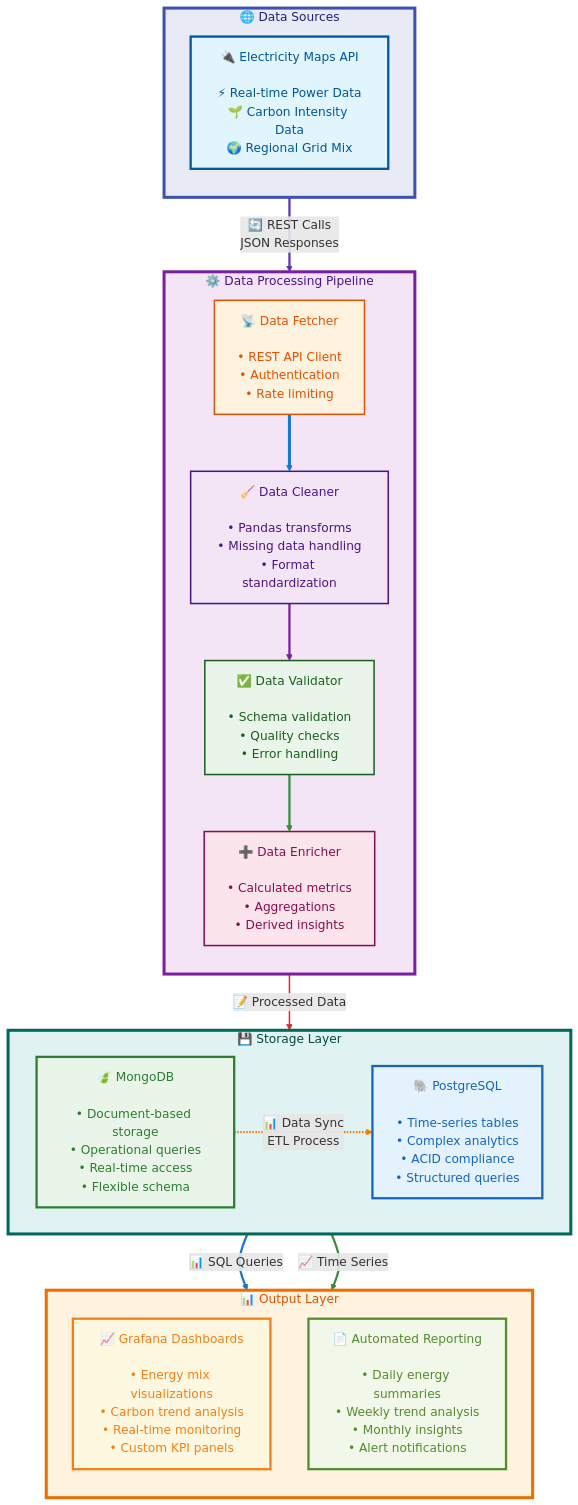
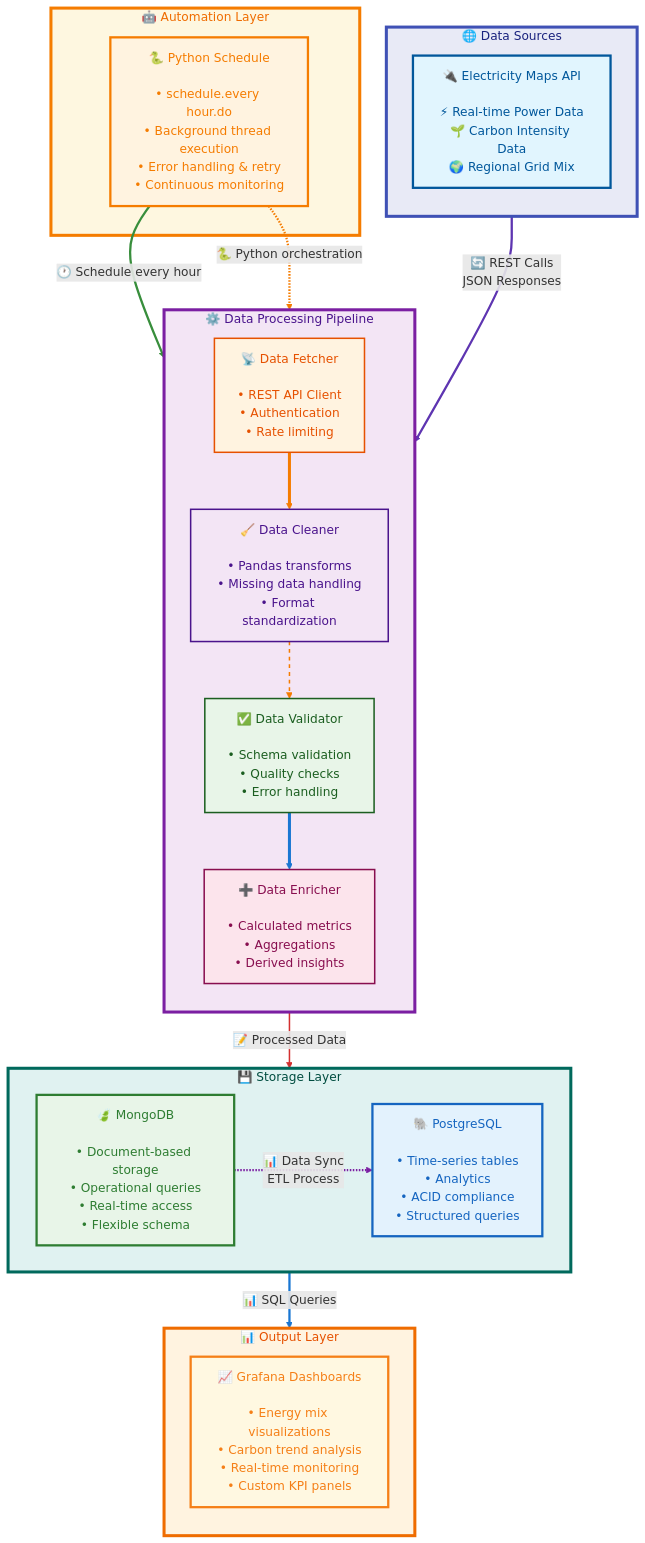
Before and after one commit to Badallocoredumped/neutrino: the diagram in docs/README.md, drawn with Mermaid.

Commit message:
Refine README.md flowchart and styling

````diff
--- a/docs/README.md
+++ b/docs/README.md
@@ -10,69 +10,77 @@
 ```mermaid
 flowchart TB
+    subgraph AUTOMATION["🤖 Automation Layer"]
+        SCHEDULER[🐍 Python Schedule<br/><br/>• schedule.every hour.do<br/>• Background thread execution<br/>• Error handling & retry<br/>• Continuous monitoring]
+        style SCHEDULER fill:#fff3e0,stroke:#f57c00,stroke-width:3px,color:#f57c00
+    end
+
     subgraph INPUT["🌐 Data Sources"]
         direction TB
         EM[🔌 Electricity Maps API<br/><br/>⚡ Real-time Power Data<br/>🌱 Carbon Intensity Data<br/>🌍 Regional Grid Mix]
         style EM fill:#e1f5fe,stroke:#01579b,stroke-width:3px,color:#01579b
     end
     
     subgraph PROCESSING["⚙️ Data Processing Pipeline"]
         direction TB
         FETCH[📡 Data Fetcher<br/><br/>• REST API Client<br/>• Authentication<br/>• Rate limiting]
         CLEAN[🧹 Data Cleaner<br/><br/>• Pandas transforms<br/>• Missing data handling<br/>• Format standardization]
         VALIDATE[✅ Data Validator<br/><br/>• Schema validation<br/>• Quality checks<br/>• Error handling]
         ENRICH[➕ Data Enricher<br/><br/>• Calculated metrics<br/>• Aggregations<br/>• Derived insights]
         
         FETCH --> CLEAN
         CLEAN --> VALIDATE
         VALIDATE --> ENRICH
         
         style FETCH fill:#fff3e0,stroke:#e65100,stroke-width:2px,color:#e65100
         style CLEAN fill:#f3e5f5,stroke:#4a148c,stroke-width:2px,color:#4a148c
         style VALIDATE fill:#e8f5e8,stroke:#1b5e20,stroke-width:2px,color:#1b5e20
         style ENRICH fill:#fce4ec,stroke:#880e4f,stroke-width:2px,color:#880e4f
     end
     
     subgraph STORAGE["💾 Storage Layer"]
         direction LR
         OPERATIONAL[🍃 MongoDB<br/><br/>• Document-based storage<br/>• Operational queries<br/>• Real-time access<br/>• Flexible schema]
-        ANALYTICAL[🐘 PostgreSQL<br/><br/>• Time-series tables<br/>• Complex analytics<br/>• ACID compliance<br/>• Structured queries]
+        ANALYTICAL[🐘 PostgreSQL<br/><br/>• Time-series tables<br/>• Analytics<br/>• ACID compliance<br/>• Structured queries]
         
         OPERATIONAL -.->|"📊 Data Sync<br/>ETL Process"| ANALYTICAL
         
         style OPERATIONAL fill:#e8f5e8,stroke:#2e7d32,stroke-width:3px,color:#2e7d32
         style ANALYTICAL fill:#e3f2fd,stroke:#1565c0,stroke-width:3px,color:#1565c0
     end
     
     subgraph OUTPUT["📊 Output Layer"]
         direction TB
         DASH[📈 Grafana Dashboards<br/><br/>• Energy mix visualizations<br/>• Carbon trend analysis<br/>• Real-time monitoring<br/>• Custom KPI panels]
-        REPORTS[📄 Automated Reporting<br/><br/>• Daily energy summaries<br/>• Weekly trend analysis<br/>• Monthly insights<br/>• Alert notifications]
         
         style DASH fill:#fff8e1,stroke:#f57f17,stroke-width:3px,color:#f57f17
-        style REPORTS fill:#f1f8e9,stroke:#558b2f,stroke-width:3px,color:#558b2f
     end
+    
+    %% Automation connections
+    SCHEDULER ==>|"🕐 Schedule every hour"| FETCH
+    SCHEDULER -.->|"🐍 Python orchestration"| PROCESSING
     
     %% Main flow connections
     EM ==>|"🔄 REST Calls<br/>JSON Responses"| FETCH
     ENRICH ==>|"📝 Processed Data"| OPERATIONAL
     
     %% Output connections
     ANALYTICAL ==>|"📊 SQL Queries"| DASH
-    ANALYTICAL ==>|"📈 Time Series"| REPORTS
     
     %% Styling for subgraphs
+    style AUTOMATION fill:#fef7e0,stroke:#f57c00,stroke-width:4px,color:#ef6c00
     style INPUT fill:#e8eaf6,stroke:#3f51b5,stroke-width:4px,color:#1a237e
     style PROCESSING fill:#f3e5f5,stroke:#7b1fa2,stroke-width:4px,color:#4a148c
     style STORAGE fill:#e0f2f1,stroke:#00695c,stroke-width:4px,color:#004d40
     style OUTPUT fill:#fff3e0,stroke:#ef6c00,stroke-width:4px,color:#e65100
 
     %% Custom connection styling
-    linkStyle 0 stroke:#1976d2,stroke-width:4px
-    linkStyle 1 stroke:#7b1fa2,stroke-width:3px
-    linkStyle 2 stroke:#388e3c,stroke-width:3px
-    linkStyle 3 stroke:#f57c00,stroke-width:3px
-    linkStyle 4 stroke:#5e35b1,stroke-width:3px
-    linkStyle 5 stroke:#d32f2f,stroke-width:2px
-    linkStyle 6 stroke:#1976d2,stroke-width:3px
-    linkStyle 7 stroke:#388e3c,stroke-width:3px
+    linkStyle 0 stroke:#f57c00,stroke-width:4px
+    linkStyle 1 stroke:#f57c00,stroke-width:2px,stroke-dasharray: 5 5
+    linkStyle 2 stroke:#1976d2,stroke-width:4px
+    linkStyle 3 stroke:#7b1fa2,stroke-width:3px
+    linkStyle 4 stroke:#388e3c,stroke-width:3px
+    linkStyle 5 stroke:#f57c00,stroke-width:3px
+    linkStyle 6 stroke:#5e35b1,stroke-width:3px
+    linkStyle 7 stroke:#d32f2f,stroke-width:2px
+    linkStyle 8 stroke:#1976d2,stroke-width:3px
 ```
````
